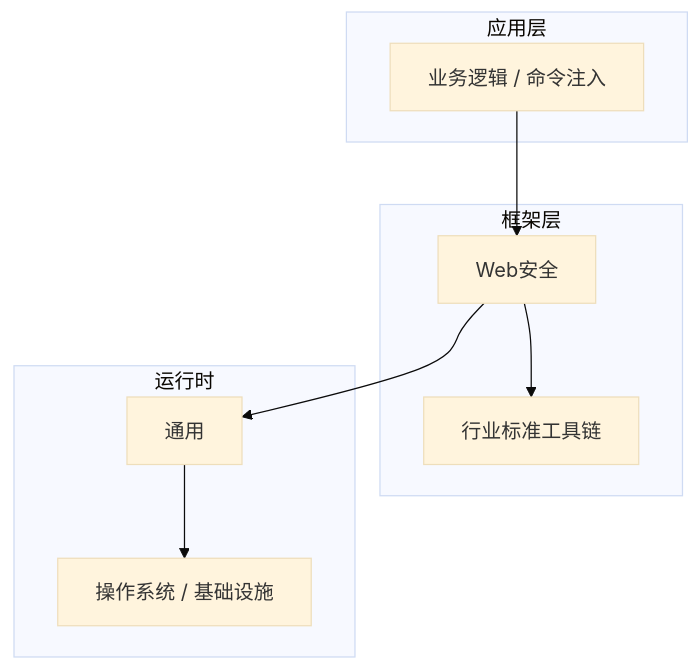
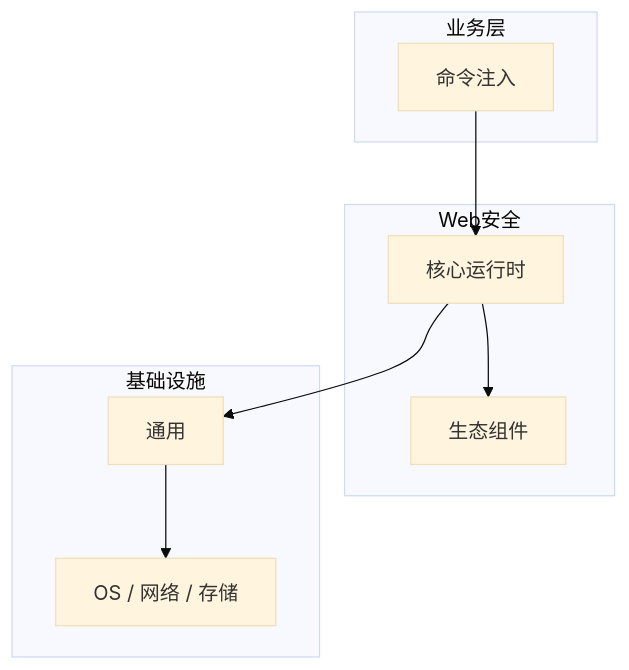
The diagram in articles/Web安全/chapters/025-命令注入核心概念与原理.md (yanggan2015/knowledge-json-v2), drawn with Mermaid (base theme) before and after one commit. The commit also changed other lines of this file and 10127 other files, not shown here.

````diff
--- a/articles/Web安全/chapters/025-命令注入核心概念与原理.md
+++ b/articles/Web安全/chapters/025-命令注入核心概念与原理.md
@@ -46,18 +31,18 @@
 ```mermaid
 graph TB
-    subgraph 应用层
-        A[业务逻辑 / 命令注入]
+    subgraph 业务层
+        A[命令注入]
     end
-    subgraph 框架层
-        B[Web安全]
-        C[行业标准工具链]
+    subgraph Web安全
+        B[核心运行时]
+        C[生态组件]
     end
-    subgraph 运行时
+    subgraph 基础设施
         D[通用]
-        E[操作系统 / 基础设施]
+        E[OS / 网络 / 存储]
     end
     A --> B
     B --> C
     B --> D
     D --> E
 ```
````
